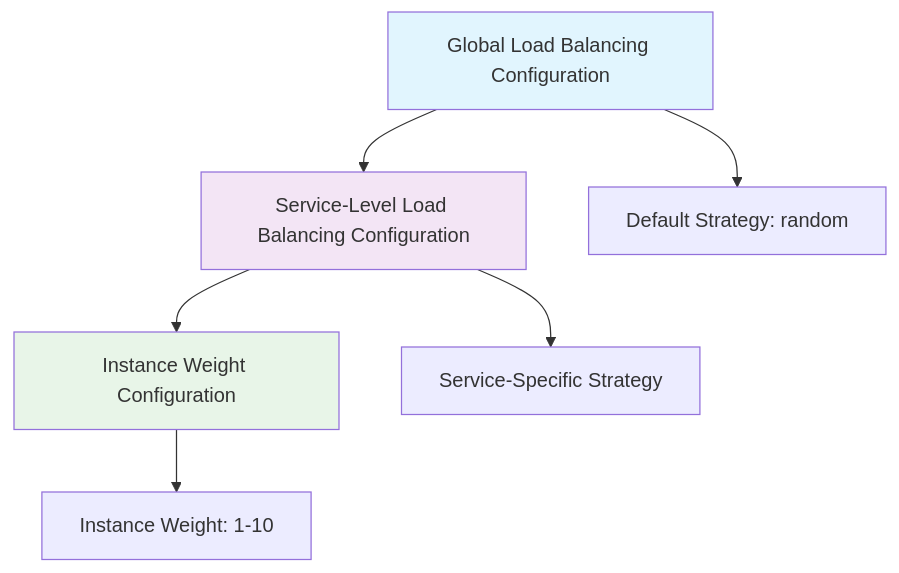
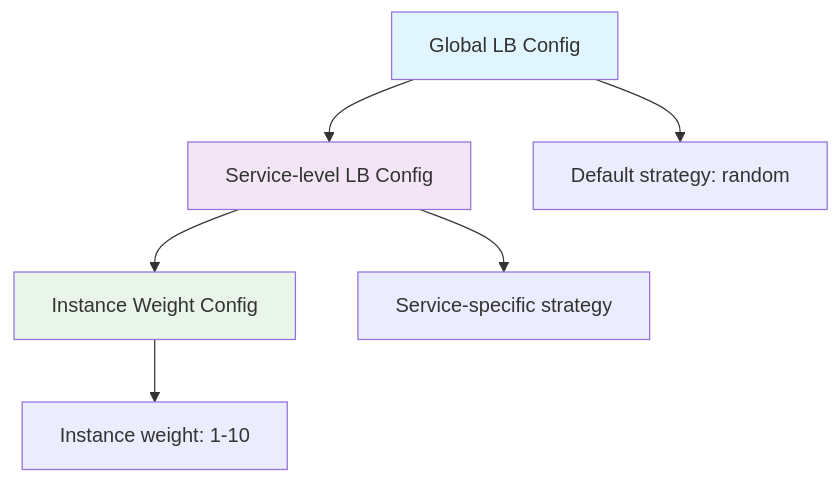
The first of 2 diagrams in docs/en/configuration/load-balancing.md (ethdeve/trunkline), drawn with Mermaid before and after one commit. The commit also changed other lines of this file and 1160 other files, not shown here.

````diff
--- a/docs/en/configuration/load-balancing.md
+++ b/docs/en/configuration/load-balancing.md
@@ -37,13 +39,13 @@
 ```mermaid
 graph TB
-    A[Global Load Balancing Configuration] --> B[Service-Level Load Balancing Configuration]
-    B --> C[Instance Weight Configuration]
+    A[Global LB Config] --> B[Service-level LB Config]
+    B --> C[Instance Weight Config]
     
-    A --> D[Default Strategy: random]
-    B --> E[Service-Specific Strategy]
-    C --> F[Instance Weight: 1-10]
+    A --> D[Default strategy: random]
+    B --> E[Service-specific strategy]
+    C --> F[Instance weight: 1-10]
     
     style A fill:#e1f5fe
     style B fill:#f3e5f5
     style C fill:#e8f5e8
 ```
````
